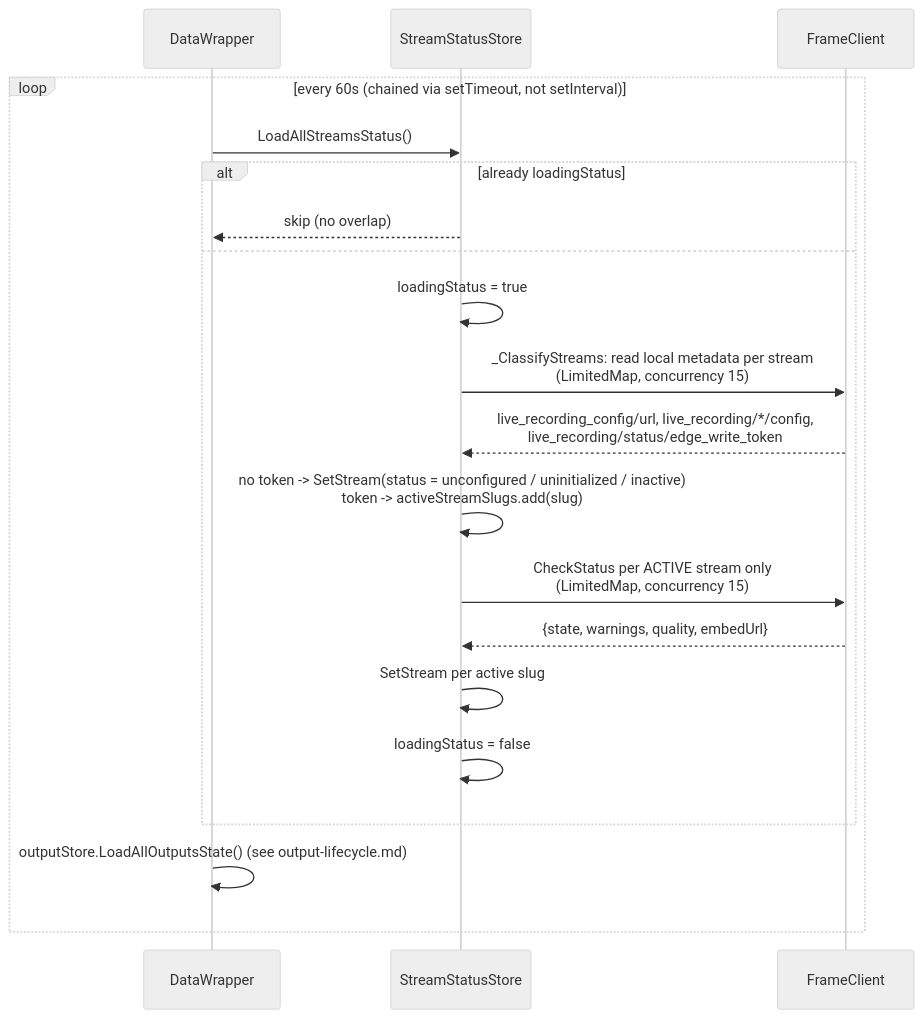
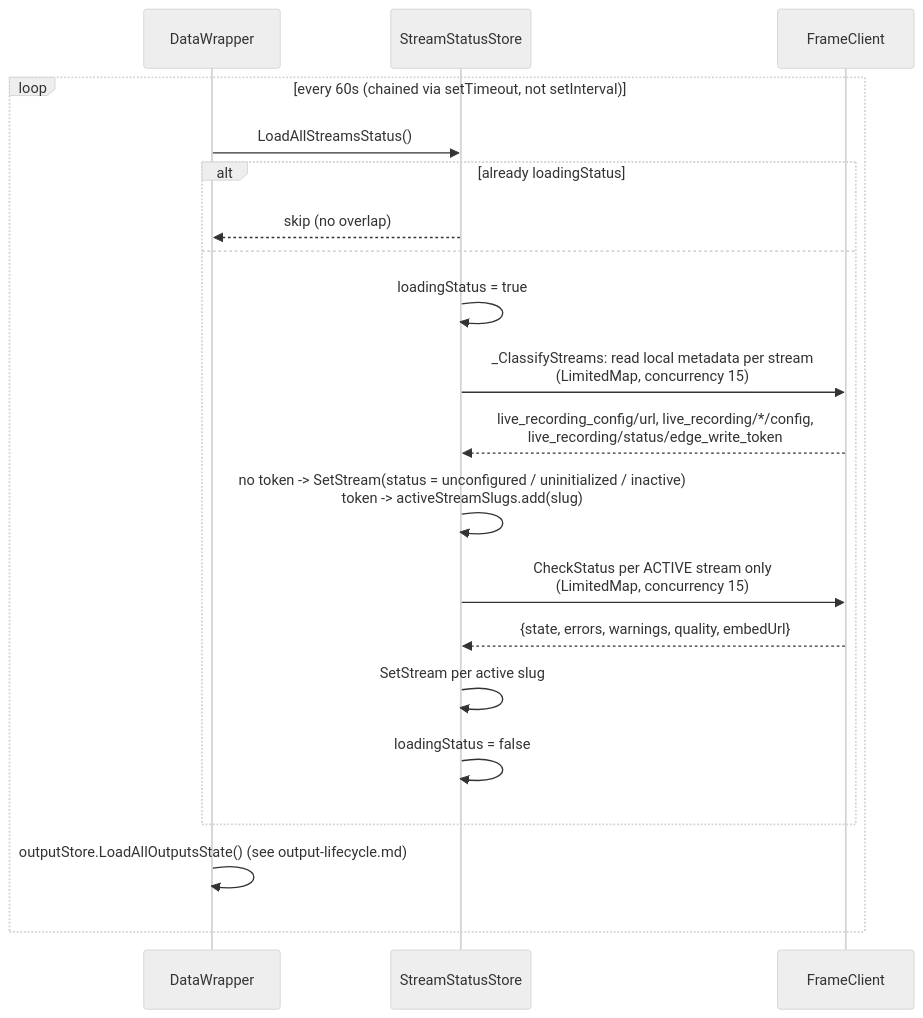
Before and after one commit to eluv-io/elv-live-stream: the fourth of 4 diagrams in docs/diagrams/stream-lifecycle.md, drawn with Mermaid (neutral theme). The commit also changed other lines of this file and 18 other files, not shown here.

````diff
--- a/docs/diagrams/stream-lifecycle.md
+++ b/docs/diagrams/stream-lifecycle.md
@@ -88,23 +90,23 @@
 ```mermaid
 sequenceDiagram
     participant DataWrapper
     participant StreamStatusStore
     participant FrameClient
 
     loop every 60s (chained via setTimeout, not setInterval)
         DataWrapper->>StreamStatusStore: LoadAllStreamsStatus()
         alt already loadingStatus
             StreamStatusStore-->>DataWrapper: skip (no overlap)
         else
             StreamStatusStore->>StreamStatusStore: loadingStatus = true
             StreamStatusStore->>FrameClient: _ClassifyStreams: read local metadata per stream<br/>(LimitedMap, concurrency 15)
             FrameClient-->>StreamStatusStore: live_recording_config/url, live_recording/*/config,<br/>live_recording/status/edge_write_token
             StreamStatusStore->>StreamStatusStore: no token -> SetStream(status = unconfigured / uninitialized / inactive)<br/>token -> activeStreamSlugs.add(slug)
             StreamStatusStore->>FrameClient: CheckStatus per ACTIVE stream only<br/>(LimitedMap, concurrency 15)
-            FrameClient-->>StreamStatusStore: {state, warnings, quality, embedUrl}
+            FrameClient-->>StreamStatusStore: {state, errors, warnings, quality, embedUrl}
             StreamStatusStore->>StreamStatusStore: SetStream per active slug
             StreamStatusStore->>StreamStatusStore: loadingStatus = false
         end
         DataWrapper->>DataWrapper: outputStore.LoadAllOutputsState() (see output-lifecycle.md)
     end
 ```
````
